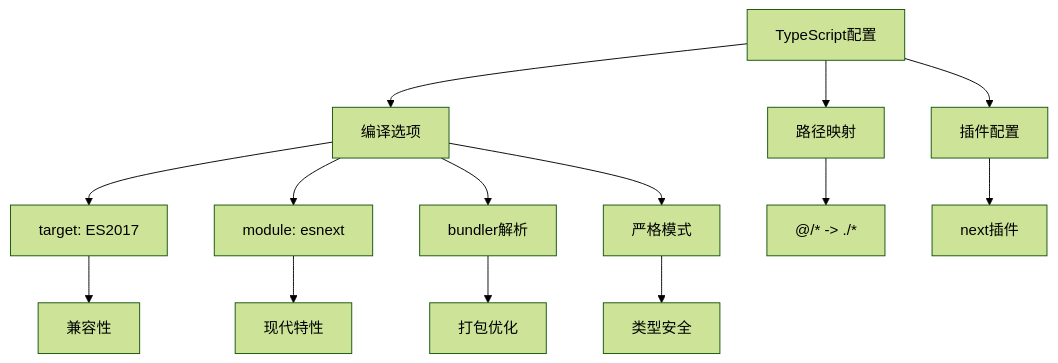
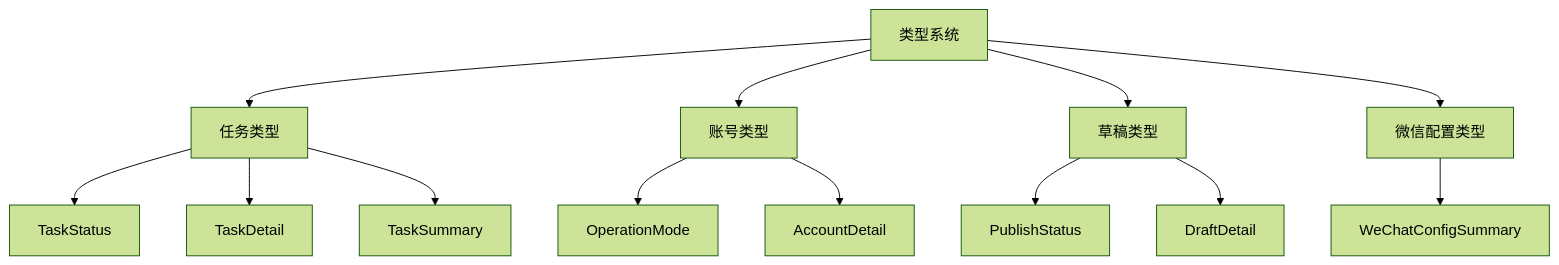
Diagram 14 of 15 in .qoder/repowiki/zh/content/前端开发/Next.js应用架构.md (sansansansansan2022-web/hotclaw), drawn with Mermaid (forest theme) before and after one commit. The commit also changed other lines of this file and 860 other files, not shown here.

````diff
--- a/.qoder/repowiki/zh/content/前端开发/Next.js应用架构.md
+++ b/.qoder/repowiki/zh/content/前端开发/Next.js应用架构.md
@@ -346,16 +468,15 @@
 ```mermaid
-flowchart TD
-A[TypeScript配置] --> B[编译选项]
-A --> C[路径映射]
-A --> D[插件配置]
-B --> E[target: ES2017]
-B --> F[module: esnext]
-B --> G[bundler解析]
-B --> H[严格模式]
-C --> I["@/* -> ./*"]
-D --> J["next"插件]
-E --> K[兼容性]
-F --> L[现代特性]
-G --> M[打包优化]
-H --> N[类型安全]
+graph TB
+A[类型系统] --> B[任务类型]
+A --> C[账号类型]
+A --> D[草稿类型]
+A --> E[微信配置类型]
+B --> F[TaskStatus]
+B --> G[TaskDetail]
+B --> H[TaskSummary]
+C --> I[OperationMode]
+C --> J[AccountDetail]
+D --> K[PublishStatus]
+D --> L[DraftDetail]
+E --> M[WeChatConfigSummary]
 ```
````
